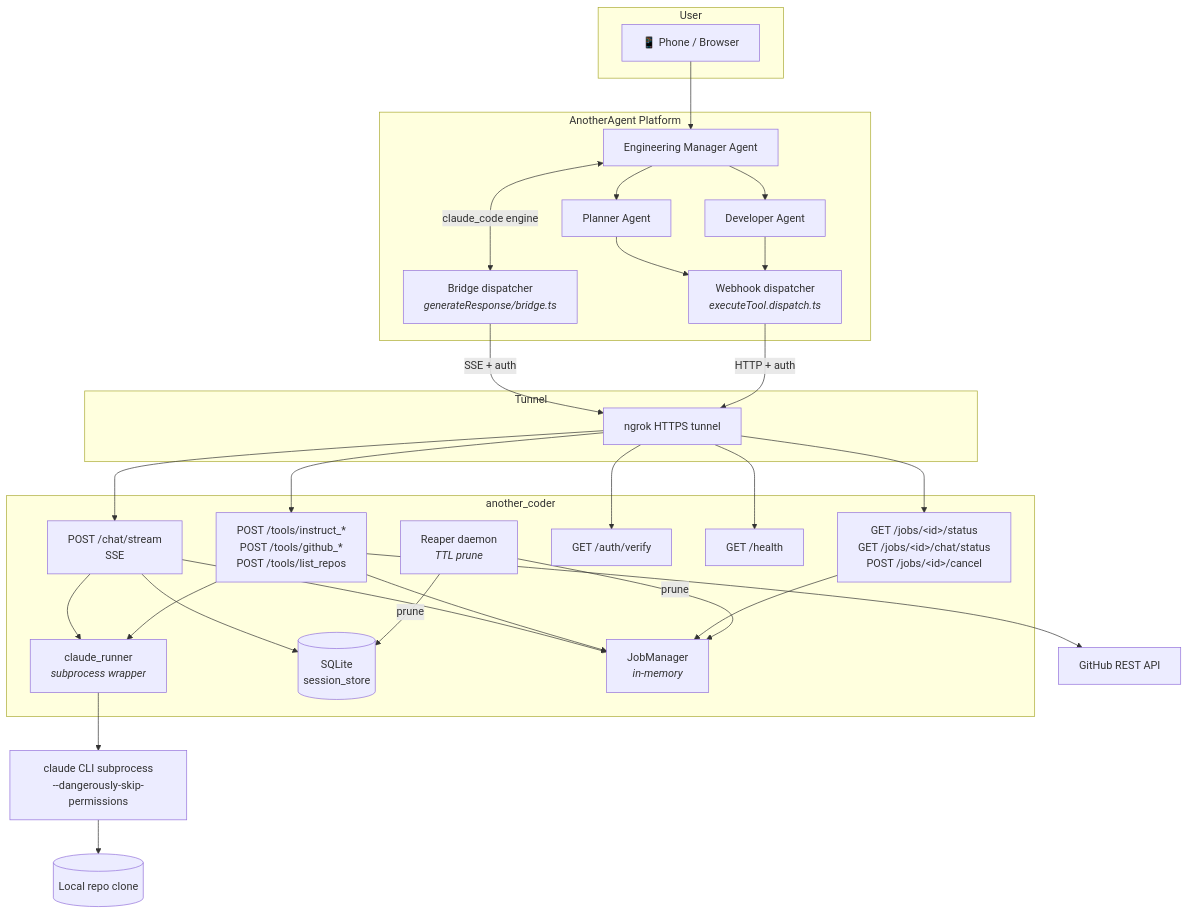
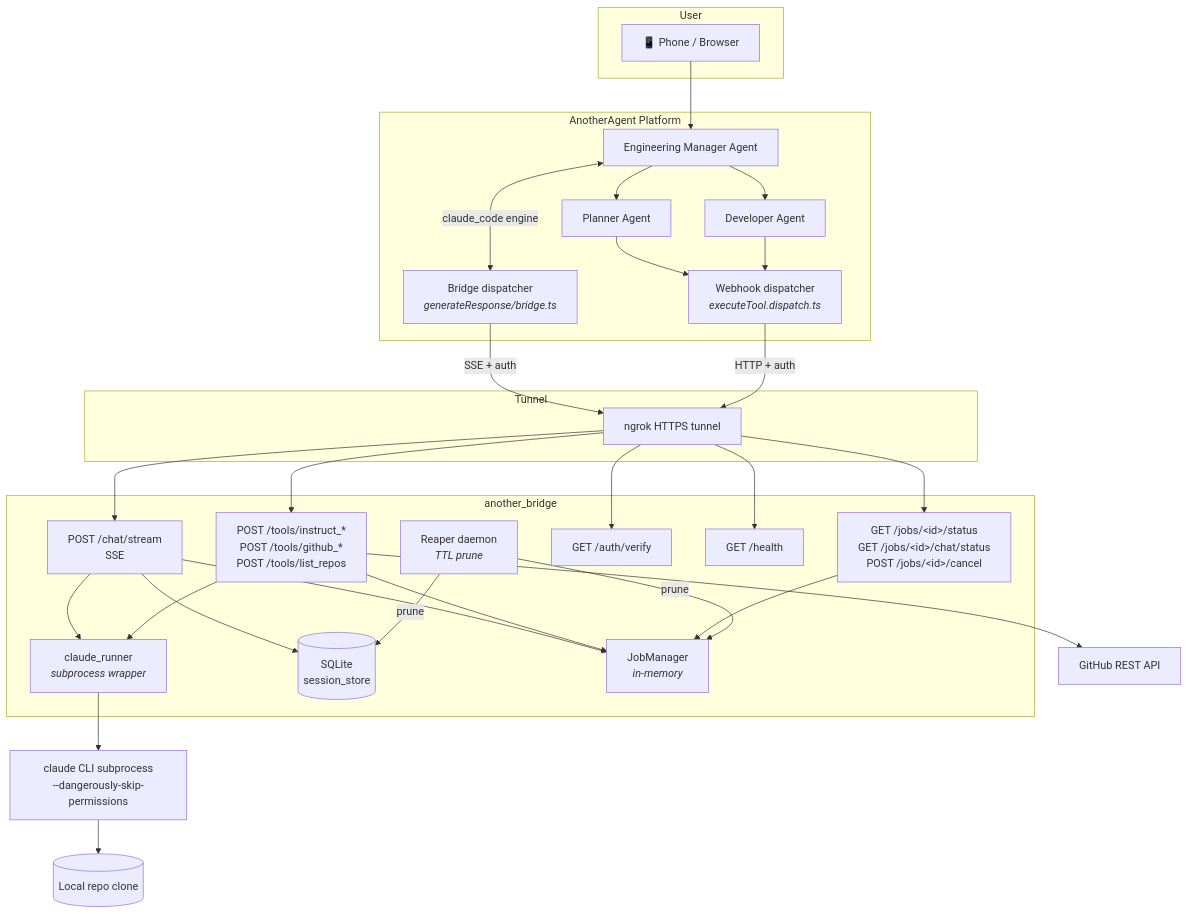
Before and after one commit to kenruizinoue/another_bridge: the first of 7 diagrams in docs/ARCHITECTURE.md, drawn with Mermaid. The commit also changed other lines of this file and 13 other files, not shown here.

First line of the commit message:
Rename project another_coder -> another_bridge

````diff
--- a/docs/ARCHITECTURE.md
+++ b/docs/ARCHITECTURE.md
@@ -10,60 +10,60 @@
 ```mermaid
 graph TB
     subgraph User
         Phone[📱 Phone / Browser]
     end
 
     subgraph Platform[AnotherAgent Platform]
         EM[Engineering Manager Agent]
         Planner[Planner Agent]
         Dev[Developer Agent]
         Bridge[Bridge dispatcher<br/><i>generateResponse/bridge.ts</i>]
         WebhookDispatch[Webhook dispatcher<br/><i>executeTool.dispatch.ts</i>]
     end
 
     subgraph Tunnel
         Ngrok[ngrok HTTPS tunnel]
     end
 
-    subgraph Coder[another_coder]
+    subgraph Coder[another_bridge]
         ChatStream[POST /chat/stream<br/>SSE]
         Webhooks["POST /tools/instruct_*<br/>POST /tools/github_*<br/>POST /tools/list_repos"]
         Jobs[GET /jobs/&lt;id&gt;/status<br/>GET /jobs/&lt;id&gt;/chat/status<br/>POST /jobs/&lt;id&gt;/cancel]
         Auth[GET /auth/verify]
         Health[GET /health]
 
         ClaudeRunner[claude_runner<br/><i>subprocess wrapper</i>]
         SessionDB[(SQLite<br/>session_store)]
         JobMgr[JobManager<br/><i>in-memory</i>]
         Reaper[Reaper daemon<br/><i>TTL prune</i>]
     end
 
     GitHub[GitHub REST API]
     Claude[claude CLI subprocess<br/>--dangerously-skip-permissions]
     Repo[(Local repo clone)]
 
     Phone --> EM
     EM --> Planner
     EM --> Dev
     EM <-->|claude_code engine| Bridge
     Planner & Dev --> WebhookDispatch
     Bridge -->|SSE + auth| Ngrok
     WebhookDispatch -->|HTTP + auth| Ngrok
     Ngrok --> ChatStream
     Ngrok --> Webhooks
     Ngrok --> Jobs
     Ngrok --> Auth
     Ngrok --> Health
 
     ChatStream --> ClaudeRunner
     Webhooks --> ClaudeRunner
     Webhooks --> GitHub
     ClaudeRunner --> Claude
     Claude --> Repo
     ChatStream --> SessionDB
     ChatStream --> JobMgr
     Webhooks --> JobMgr
     Jobs --> JobMgr
     Reaper -->|prune| JobMgr
     Reaper -->|prune| SessionDB
 ```
````
